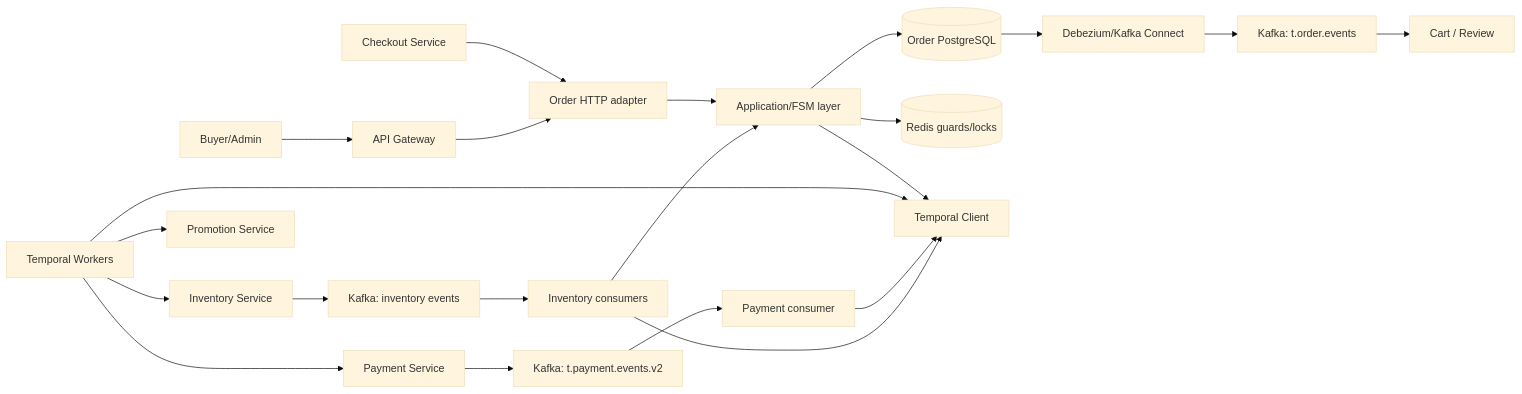
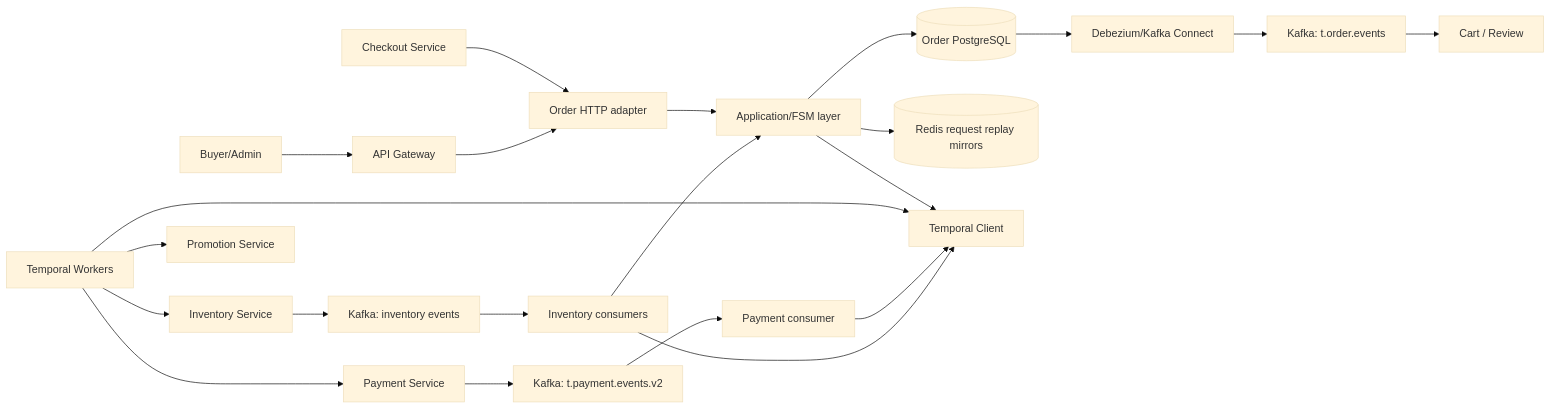
One commit to quangdung2110/e-commerce-microservices changed the diagram in docs/order/architecture.md. Above: the diagram before and after it, drawn with Mermaid (base theme). The commit also changed other lines of this file and 9 other files, not shown here.

Commit message:
docs(order): scope Redis to request replay mirrors

````diff
--- a/docs/order/architecture.md
+++ b/docs/order/architecture.md
@@ -31,24 +31,24 @@
 ```mermaid
 flowchart LR
   C[Buyer/Admin] --> G[API Gateway]
   CK[Checkout Service] --> H[Order HTTP adapter]
   G --> H
   H --> A[Application/FSM layer]
   A --> P[(Order PostgreSQL)]
-  A --> R[(Redis guards/locks)]
+  A --> R[(Redis request replay mirrors)]
   A --> T[Temporal Client]
   TW[Temporal Workers] --> T
   TW --> I[Inventory Service]
   TW --> M[Promotion Service]
   TW --> Y[Payment Service]
   Y --> KP[Kafka: t.payment.events.v2]
   I --> KI[Kafka: inventory events]
   KP --> PC[Payment consumer]
   KI --> IC[Inventory consumers]
   PC --> T
   IC --> T
   IC --> A
   P --> D[Debezium/Kafka Connect]
   D --> KO[Kafka: t.order.events]
   KO --> DS[Cart / Review]
 ```
````
